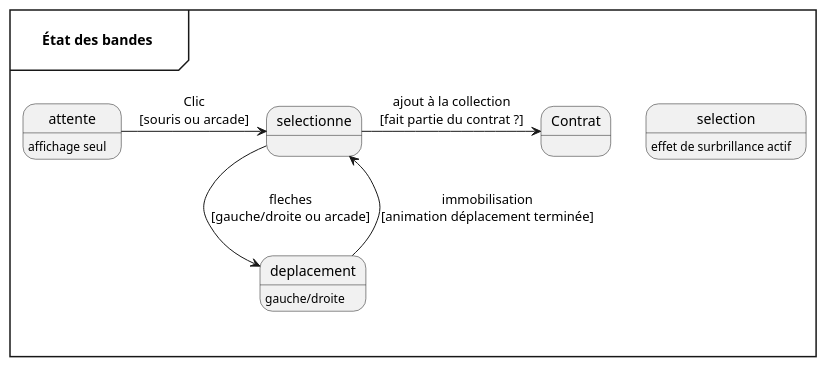
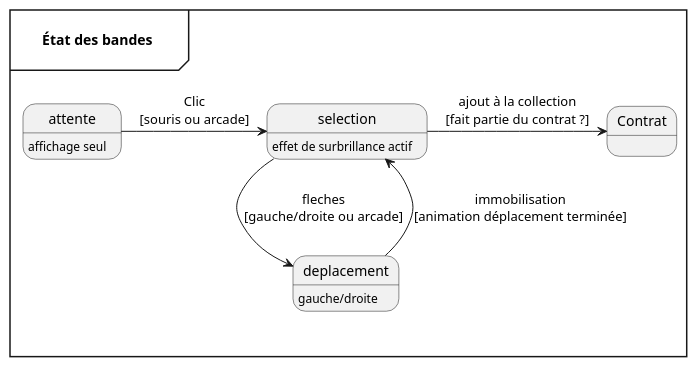
The diagram in docs/uml/puml/BandesStateDiagram.puml (MaiveCL/Projet_session_JV), drawn with PlantUML before and after one commit.

Commit message:
test d'affichage plant uml v4, essaie 6b

```diff
--- a/docs/uml/puml/BandesStateDiagram.puml
+++ b/docs/uml/puml/BandesStateDiagram.puml
@@ -1,14 +1,14 @@
 @startuml "État des bandes"
 
 mainframe  \n\t**État des bandes**\t\n
     state attente : affichage seul
     state selection : effet de surbrillance actif
     state deplacement : gauche/droite
     state Contrat
 
-    attente -> selectionne : Clic\n[souris ou arcade]
-    selectionne -> deplacement : fleches\n[gauche/droite ou arcade]
-    deplacement --> selectionne :immobilisation\n[animation déplacement terminée]
-    selectionne -> Contrat :ajout à la collection\n[fait partie du contrat ?]
+    attente -> selection : Clic\n[souris ou arcade]
+    selection -> deplacement : fleches\n[gauche/droite ou arcade]
+    deplacement --> selection :immobilisation\n[animation déplacement terminée]
+    selection -> Contrat :ajout à la collection\n[fait partie du contrat ?]
 
 @enduml
```
